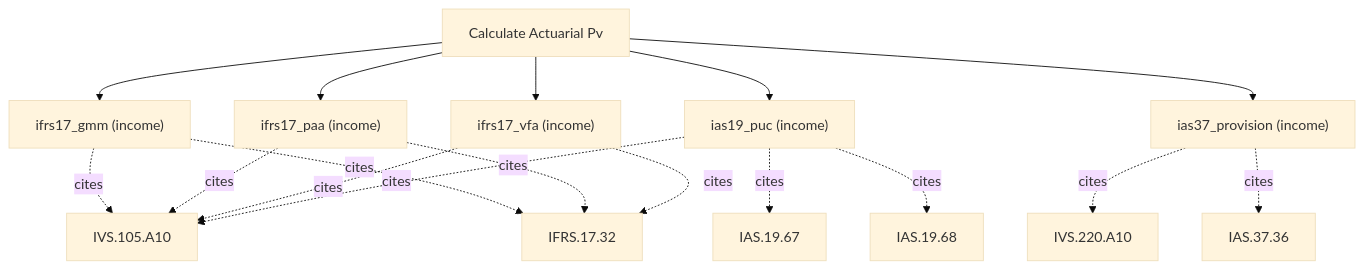
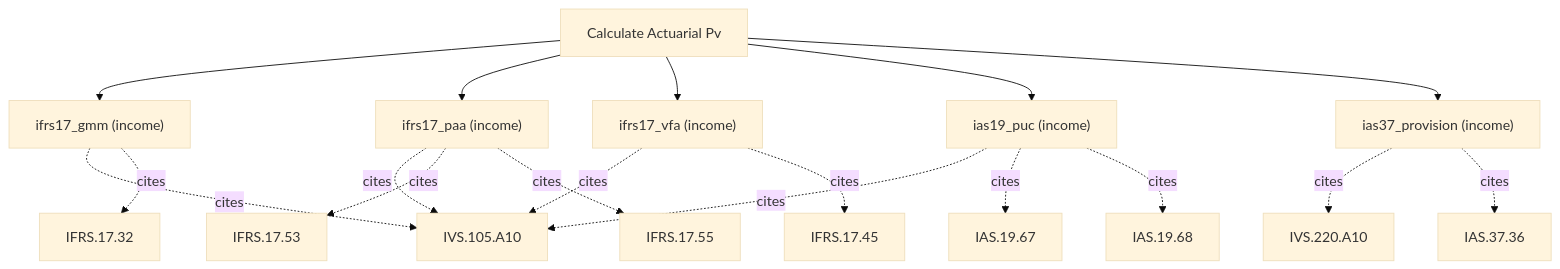
The diagram in docs/methods/calculate_actuarial_pv.md (simonmak-ascent/fair-value), drawn with Mermaid (base theme) before and after one commit. The commit also changed other lines of this file and 5 other files, not shown here.

First line of the commit message:
feat(standards): cite IFRS 17 PAA/VFA to their own paragraphs

````diff
--- a/docs/methods/calculate_actuarial_pv.md
+++ b/docs/methods/calculate_actuarial_pv.md
@@ -5,20 +5,21 @@
 ```mermaid
 flowchart TD
   T[Calculate Actuarial Pv]
   T --> calculate_actuarial_pv_ifrs17_gmm["ifrs17_gmm (income)"]
   calculate_actuarial_pv_ifrs17_gmm -. cites .-> IVS_105_A10[IVS.105.A10]
   calculate_actuarial_pv_ifrs17_gmm -. cites .-> IFRS_17_32[IFRS.17.32]
   T --> calculate_actuarial_pv_ifrs17_paa["ifrs17_paa (income)"]
   calculate_actuarial_pv_ifrs17_paa -. cites .-> IVS_105_A10[IVS.105.A10]
-  calculate_actuarial_pv_ifrs17_paa -. cites .-> IFRS_17_32[IFRS.17.32]
+  calculate_actuarial_pv_ifrs17_paa -. cites .-> IFRS_17_53[IFRS.17.53]
+  calculate_actuarial_pv_ifrs17_paa -. cites .-> IFRS_17_55[IFRS.17.55]
   T --> calculate_actuarial_pv_ifrs17_vfa["ifrs17_vfa (income)"]
   calculate_actuarial_pv_ifrs17_vfa -. cites .-> IVS_105_A10[IVS.105.A10]
-  calculate_actuarial_pv_ifrs17_vfa -. cites .-> IFRS_17_32[IFRS.17.32]
+  calculate_actuarial_pv_ifrs17_vfa -. cites .-> IFRS_17_45[IFRS.17.45]
   T --> calculate_actuarial_pv_ias19_puc["ias19_puc (income)"]
   calculate_actuarial_pv_ias19_puc -. cites .-> IVS_105_A10[IVS.105.A10]
   calculate_actuarial_pv_ias19_puc -. cites .-> IAS_19_67[IAS.19.67]
   calculate_actuarial_pv_ias19_puc -. cites .-> IAS_19_68[IAS.19.68]
   T --> calculate_actuarial_pv_ias37_provision["ias37_provision (income)"]
   calculate_actuarial_pv_ias37_provision -. cites .-> IVS_220_A10[IVS.220.A10]
   calculate_actuarial_pv_ias37_provision -. cites .-> IAS_37_36[IAS.37.36]
 ```
````
